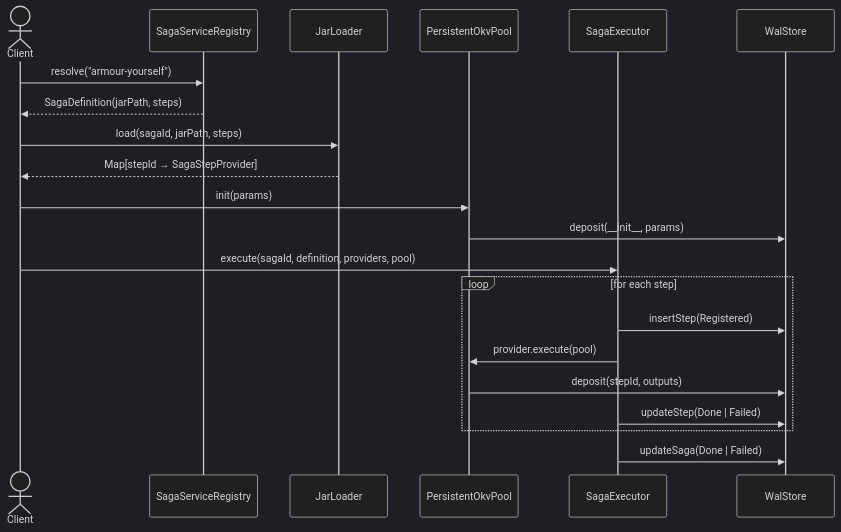
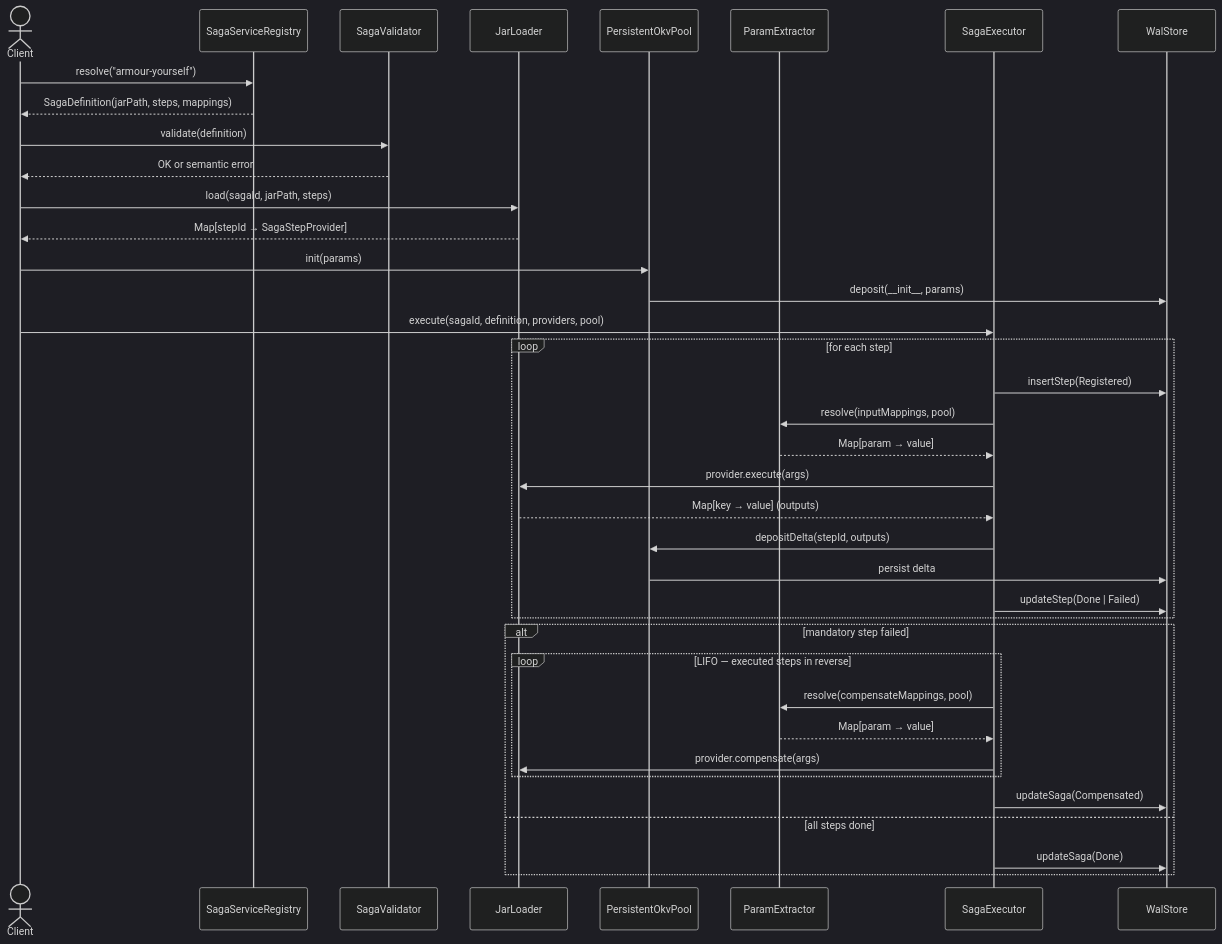
Before and after one commit to ccerdadiaz/saga-blind: the second of 6 diagrams in doc/architecture.md, drawn with Mermaid (dark theme). The commit also changed other lines of this file and 12 other files, not shown here.

Commit message:
feat: param mapping DSL (owner/key.jsonPath) + semantic validator + LIFO compensation + new jar contract

````diff
--- a/doc/architecture.md
+++ b/doc/architecture.md
@@ -37,29 +42,47 @@
 ```mermaid
 sequenceDiagram
     actor Client
     participant SR as SagaServiceRegistry
+    participant SV as SagaValidator
     participant JL as JarLoader
     participant PP as PersistentOkvPool
+    participant PE as ParamExtractor
     participant EX as SagaExecutor
     participant WAL as WalStore
 
     Client->>SR: resolve("armour-yourself")
-    SR-->>Client: SagaDefinition(jarPath, steps)
+    SR-->>Client: SagaDefinition(jarPath, steps, mappings)
+
+    Client->>SV: validate(definition)
+    SV-->>Client: OK or semantic error
 
     Client->>JL: load(sagaId, jarPath, steps)
     JL-->>Client: Map[stepId → SagaStepProvider]
 
     Client->>PP: init(params)
     PP->>WAL: deposit(__init__, params)
 
     Client->>EX: execute(sagaId, definition, providers, pool)
 
     loop for each step
         EX->>WAL: insertStep(Registered)
-        EX->>PP: provider.execute(pool)
-        PP->>WAL: deposit(stepId, outputs)
+        EX->>PE: resolve(inputMappings, pool)
+        PE-->>EX: Map[param → value]
+        EX->>JL: provider.execute(args)
+        JL-->>EX: Map[key → value] (outputs)
+        EX->>PP: depositDelta(stepId, outputs)
+        PP->>WAL: persist delta
         EX->>WAL: updateStep(Done | Failed)
     end
 
-    EX->>WAL: updateSaga(Done | Failed)
+    alt mandatory step failed
+        loop LIFO — executed steps in reverse
+            EX->>PE: resolve(compensateMappings, pool)
+            PE-->>EX: Map[param → value]
+            EX->>JL: provider.compensate(args)
+        end
+        EX->>WAL: updateSaga(Compensated)
+    else all steps done
+        EX->>WAL: updateSaga(Done)
+    end
 ```
````
